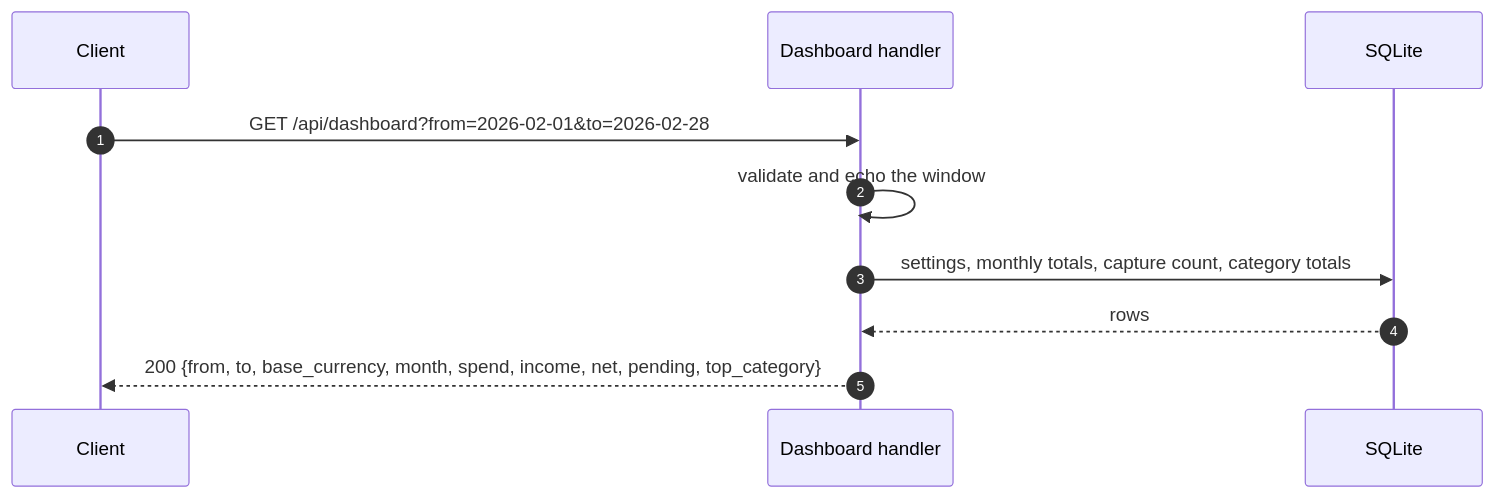
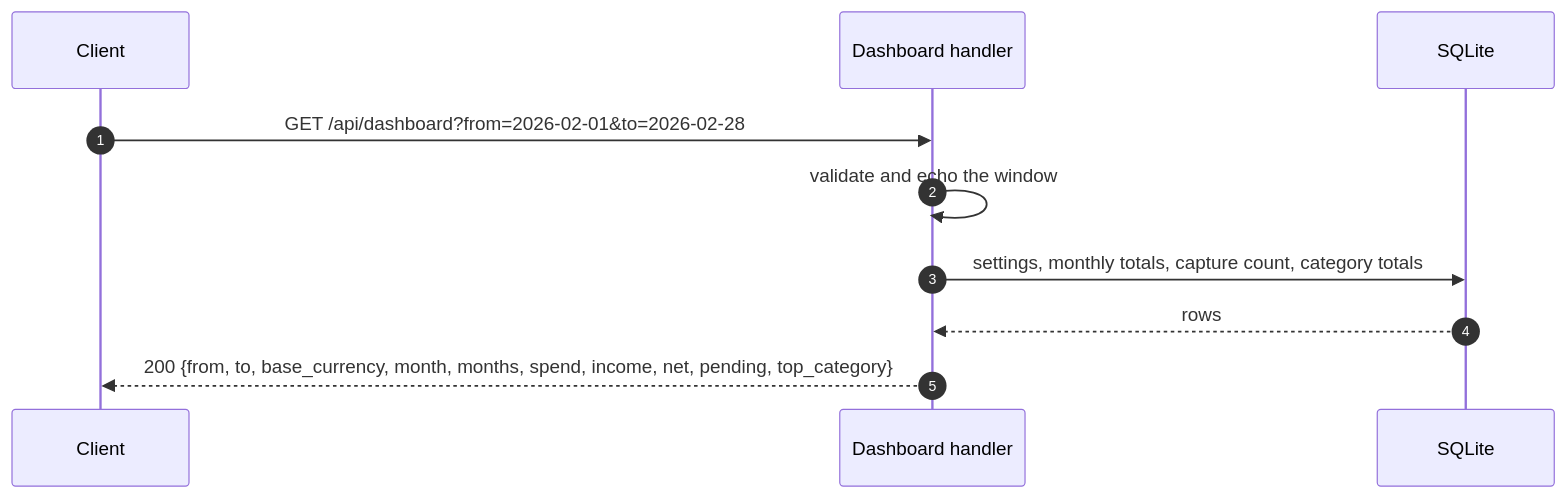
One commit to dimasbaguspm/spenicle changed the diagram in docs/endpoints/GET_api_dashboard.md. Above: the diagram before and after it, drawn with Mermaid. The commit also changed other lines of this file and 8 other files, not shown here.

````diff
--- a/docs/endpoints/GET_api_dashboard.md
+++ b/docs/endpoints/GET_api_dashboard.md
@@ -65,12 +71,12 @@
 ```mermaid
 sequenceDiagram
     autonumber
     participant C as Client
     participant H as Dashboard handler
     participant DB as SQLite
     C->>H: GET /api/dashboard?from=2026-02-01&to=2026-02-28
     H->>H: validate and echo the window
     H->>DB: settings, monthly totals, capture count, category totals
     DB-->>H: rows
-    H-->>C: 200 {from, to, base_currency, month, spend, income, net, pending, top_category}
+    H-->>C: 200 {from, to, base_currency, month, months, spend, income, net, pending, top_category}
 ```
````
